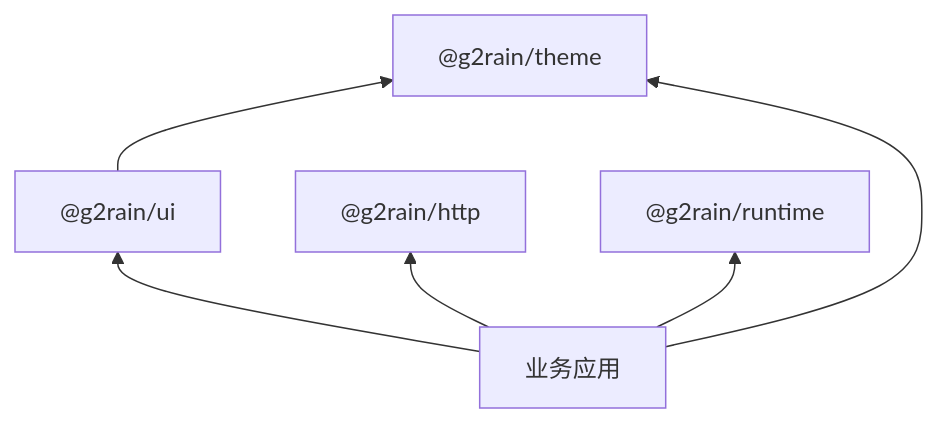
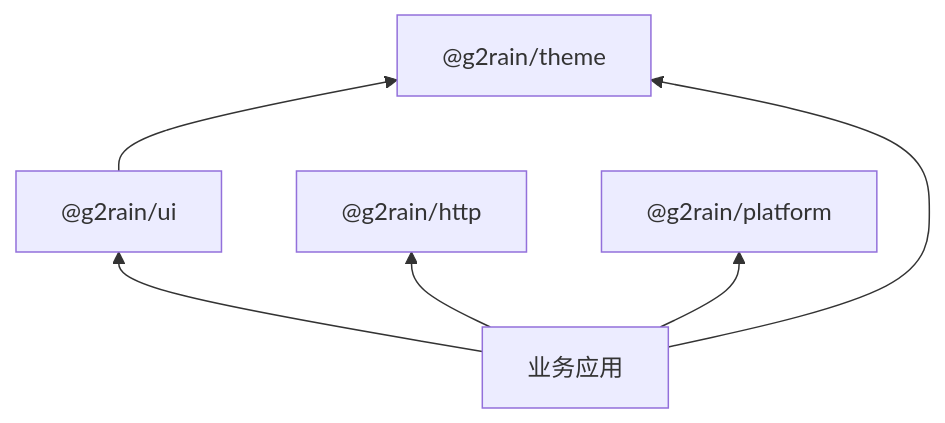
One commit to g2rain/g2rain-appkit changed the second of 2 diagrams in docs/architecture/overview.md. Above: the diagram before and after it, drawn with Mermaid. The commit also changed other lines of this file and 54 other files, not shown here.

````diff
--- a/docs/architecture/overview.md
+++ b/docs/architecture/overview.md
@@ -37,14 +37,14 @@
 ```mermaid
 flowchart BT
   Theme["@g2rain/theme"]
   UI["@g2rain/ui"]
   HTTP["@g2rain/http"]
-  Runtime["@g2rain/runtime"]
+  Runtime["@g2rain/platform"]
   App[业务应用]
 
   UI --> Theme
   App --> Theme
   App --> UI
   App --> HTTP
   App --> Runtime
 ```
````
